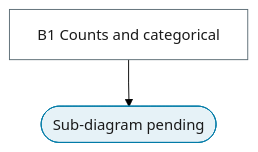
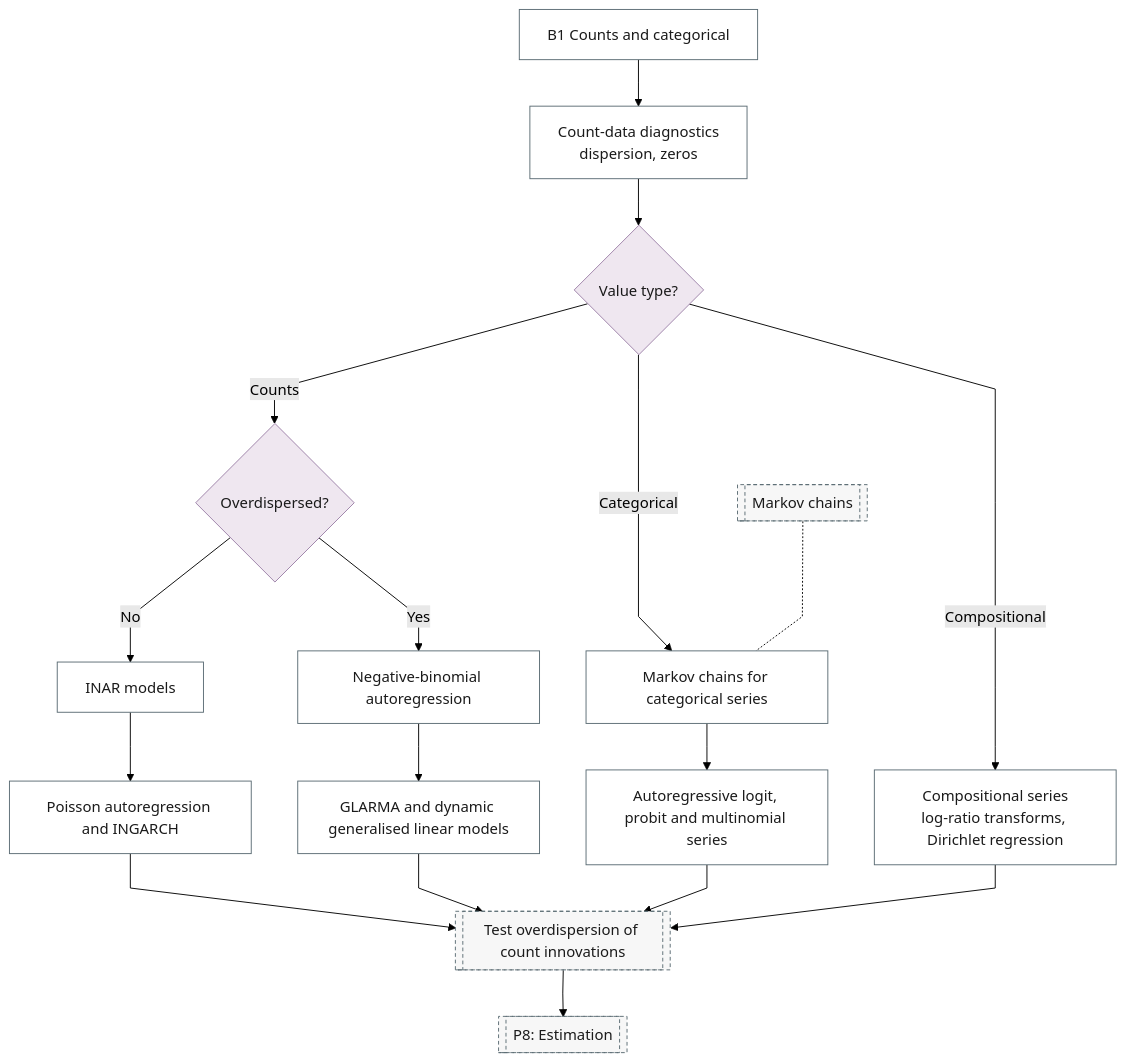
Before and after one commit to Shuxin-Y/time-series-analysis-manual: the diagram in docs/reference/16-count-categorical/index.md, drawn with Mermaid (forest theme). The commit also changed other lines of this file and 11 other files, not shown here.

First line of the commit message:
feat(flowchart): branch sub-diagrams B1 to B7

````diff
--- a/docs/reference/16-count-categorical/index.md
+++ b/docs/reference/16-count-categorical/index.md
@@ -7,15 +7,28 @@
 ```mermaid
 %%{init: {"flowchart": {"curve": "linear"}}}%%
 graph TD
-    B1["B1 Counts and categorical"] --> B1_PENDING(["Sub-diagram pending"])
-    class B1 process
-    class B1_PENDING terminator
+    B1["B1 Counts and categorical"] --> B1_COUNT_EDA["Count-data diagnostics<br/>dispersion, zeros"]
+    B1_COUNT_EDA --> B1_VALUE{"Value type?"}
+    B1_VALUE -->|"Counts"| B1_DISPERSION{"Overdispersed?"}
+    B1_VALUE -->|"Categorical"| B1_MARKOV_CHAIN["Markov chains for categorical series"]
+    B1_VALUE -->|"Compositional"| B1_COMPOSITIONAL["Compositional series<br/>log-ratio transforms, Dirichlet regression"]
+    B1_DISPERSION -->|"No"| B1_INAR["INAR models"]
+    B1_DISPERSION -->|"Yes"| B1_NEGATIVE_BINOMIAL["Negative-binomial autoregression"]
+    B1_INAR --> B1_POISSON_AR["Poisson autoregression and INGARCH"]
+    B1_NEGATIVE_BINOMIAL --> B1_GLARMA["GLARMA and dynamic generalised linear models"]
+    B1_MARKOV_CHAIN --> B1_AR_LOGIT["Autoregressive logit, probit and multinomial series"]
+    B1_POISSON_AR & B1_GLARMA & B1_AR_LOGIT & B1_COMPOSITIONAL --> P7_COUNT_TESTS[["Test overdispersion of count innovations"]]
+    P7_COUNT_TESTS --> P8[["P8: Estimation"]]
+    F_MARKOV[["Markov chains"]] -.- B1_MARKOV_CHAIN
+    class B1_VALUE,B1_DISPERSION decision
+    class B1,B1_COUNT_EDA,B1_MARKOV_CHAIN,B1_COMPOSITIONAL,B1_INAR,B1_NEGATIVE_BINOMIAL,B1_POISSON_AR,B1_GLARMA,B1_AR_LOGIT process
+    class P7_COUNT_TESTS,P8,F_MARKOV ref
     classDef terminator fill:#E6F2F7,stroke:#007BA7,color:#1A1A1A;
     classDef process fill:#FFFFFF,stroke:#5A6B73,color:#1A1A1A;
     classDef decision fill:#EFE7F0,stroke:#9B7FA7,color:#1A1A1A;
     classDef data fill:#FFF4E0,stroke:#C9A55E,color:#1A1A1A;
     classDef good fill:#DCEFD8,stroke:#4A7A3F,color:#1A1A1A;
     classDef escalate fill:#FFE9C2,stroke:#C9A55E,color:#1A1A1A;
     classDef problem fill:#F2D9DE,stroke:#800020,color:#1A1A1A;
     classDef ref fill:#F7F7F7,stroke:#5A6B73,color:#1A1A1A,stroke-dasharray:4 3;
 ```
````
